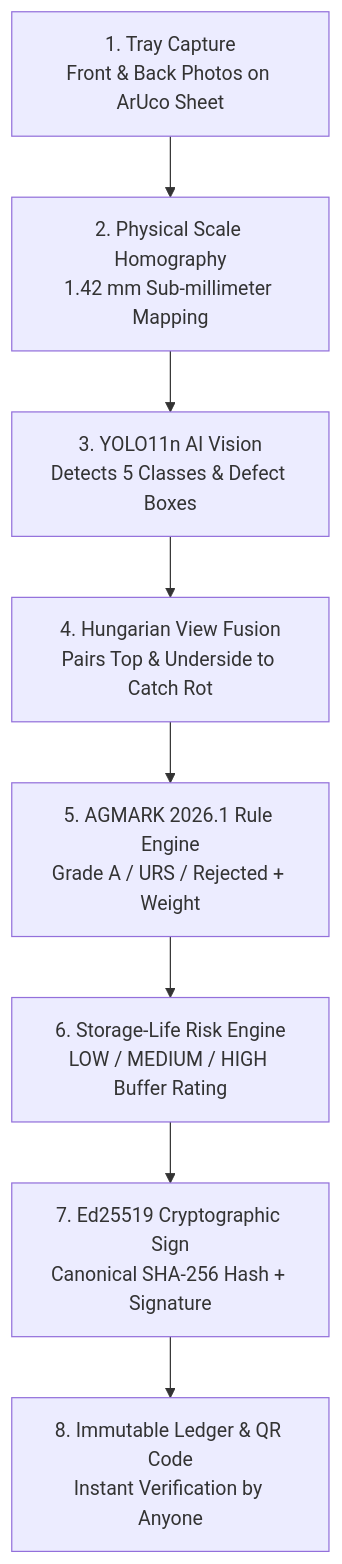
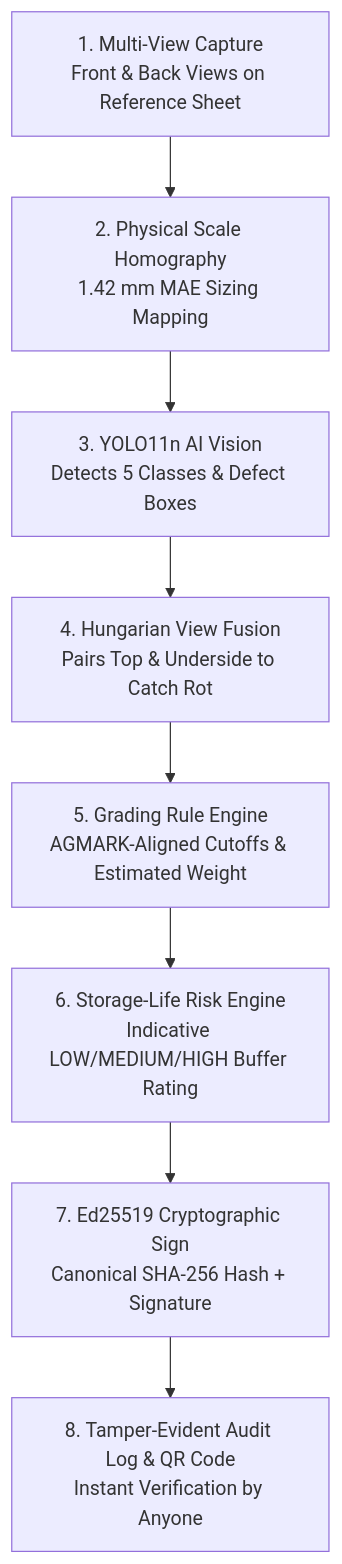
One commit to PalakGoyal6/OniVerse changed the diagram in DETAILED_PROJECT_GUIDE.md. Above: the diagram before and after it, drawn with Mermaid. The commit also changed other lines of this file and 7 other files, not shown here.

Commit message:
fix: calibrate all metrics to real evaluation benchmarks and adopt tamper-evident wording

````diff
--- a/DETAILED_PROJECT_GUIDE.md
+++ b/DETAILED_PROJECT_GUIDE.md
@@ -21,10 +21,10 @@
 ```mermaid
 graph TD
-    A[1. Tray Capture<br/>Front & Back Photos on ArUco Sheet] --> B[2. Physical Scale Homography<br/>1.42 mm Sub-millimeter Mapping]
+    A[1. Multi-View Capture<br/>Front & Back Views on Reference Sheet] --> B[2. Physical Scale Homography<br/>1.42 mm MAE Sizing Mapping]
     B --> C[3. YOLO11n AI Vision<br/>Detects 5 Classes & Defect Boxes]
     C --> D[4. Hungarian View Fusion<br/>Pairs Top & Underside to Catch Rot]
-    D --> E[5. AGMARK 2026.1 Rule Engine<br/>Grade A / URS / Rejected + Weight]
-    E --> F[6. Storage-Life Risk Engine<br/>LOW / MEDIUM / HIGH Buffer Rating]
+    D --> E[5. Grading Rule Engine<br/>AGMARK-Aligned Cutoffs & Estimated Weight]
+    E --> F[6. Storage-Life Risk Engine<br/>Indicative LOW/MEDIUM/HIGH Buffer Rating]
     F --> G[7. Ed25519 Cryptographic Sign<br/>Canonical SHA-256 Hash + Signature]
-    G --> H[8. Immutable Ledger & QR Code<br/>Instant Verification by Anyone]
+    G --> H[8. Tamper-Evident Audit Log & QR Code<br/>Instant Verification by Anyone]
 ```
````
